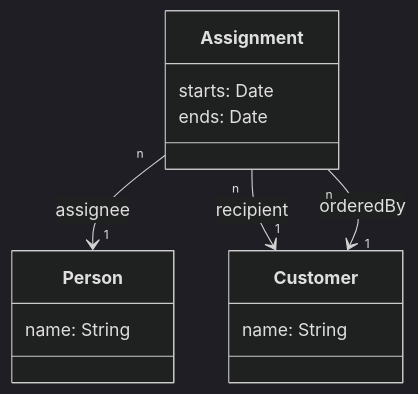
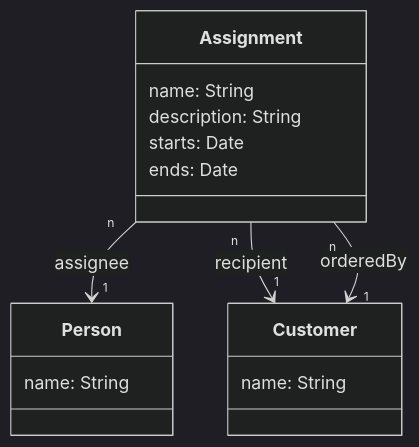
Before and after one commit to laurisvan/graphql-workshop: the diagram in docs/4_Refined_Backend.md, drawn with Mermaid (dark theme). The commit also changed other lines of this file and 3 other files, not shown here.

````diff
--- a/docs/4_Refined_Backend.md
+++ b/docs/4_Refined_Backend.md
@@ -80,18 +203,20 @@
 ```mermaid
 classDiagram
   class Assignment {
+    name: String
+    description: String
     starts: Date
     ends: Date
   }
   Assignment "n" --> "1" Person: assignee
   Assignment "n" --> "1" Customer: recipient
   Assignment "n" --> "1" Customer: orderedBy
 
   class Person {
     name: String
   }
 
   class Customer {
     name: String
   }
 ```
````
